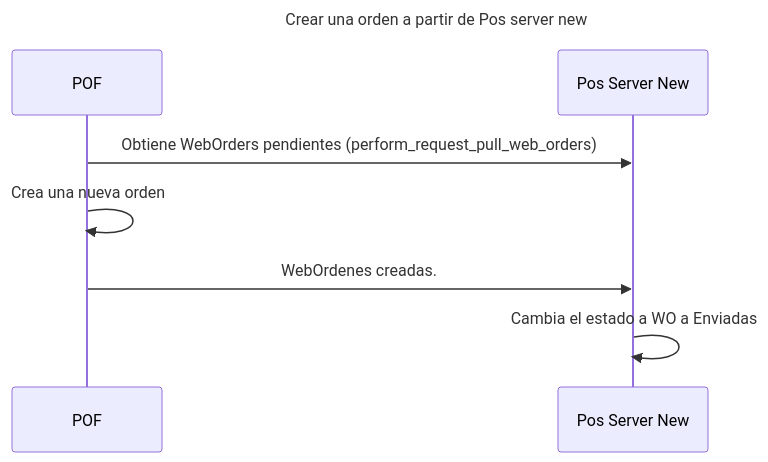
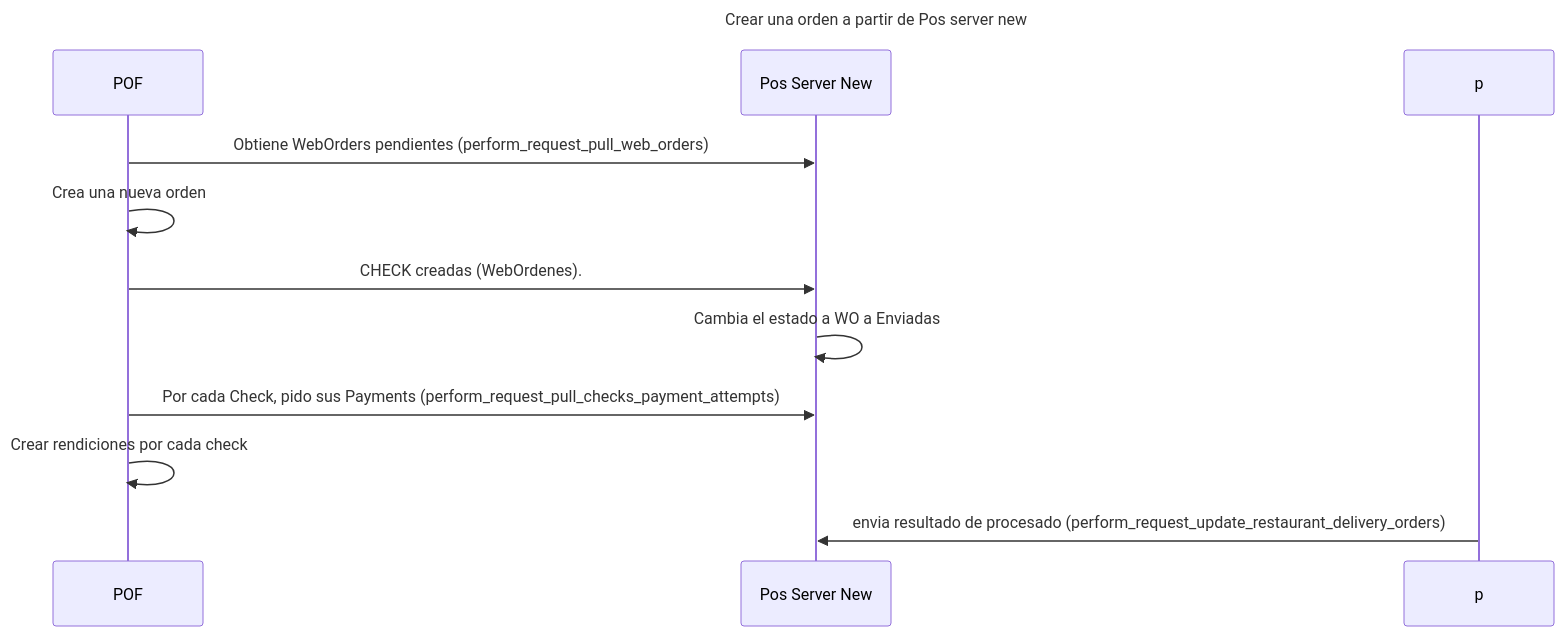
The second of 2 diagrams in 100_niufoods/03_projects/pof/documentation/check (order)/diagrams.md (javix70/personal_obsidian), drawn with Mermaid before and after one commit. The commit also changed other lines of this file and 1 other file, not shown here.

Commit message:
vault backup: 2023-07-25 15:37:09

````diff
--- a/100_niufoods/03_projects/pof/documentation/check (order)/diagrams.md
+++ b/100_niufoods/03_projects/pof/documentation/check (order)/diagrams.md
@@ -27,13 +27,16 @@
 ```mermaid
 ---
 title: Crear una orden a partir de Pos server new
 ---
 sequenceDiagram
 	participant P as POF
 	participant PSN as Pos Server New
 
-	P->>PSN: Obtiene WebOrders  pendientes (perform_request_pull_web_orders)
+	P->>PSN: Obtiene WebOrders pendientes (perform_request_pull_web_orders)
 	P->>P: Crea una nueva orden
-	P->>PSN: WebOrdenes creadas.
+	P->>PSN: CHECK creadas (WebOrdenes).
 	PSN->>PSN: Cambia el estado a WO a Enviadas
+	P->>PSN: Por cada Check, pido sus Payments (perform_request_pull_checks_payment_attempts)
+	P->>P: Crear rendiciones por cada check
+	p->>PSN: envia resultado de procesado (perform_request_update_restaurant_delivery_orders)
 ```
````
